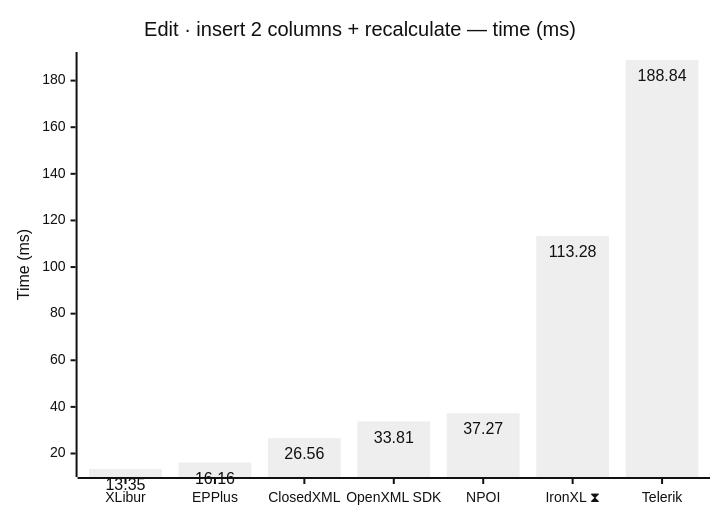
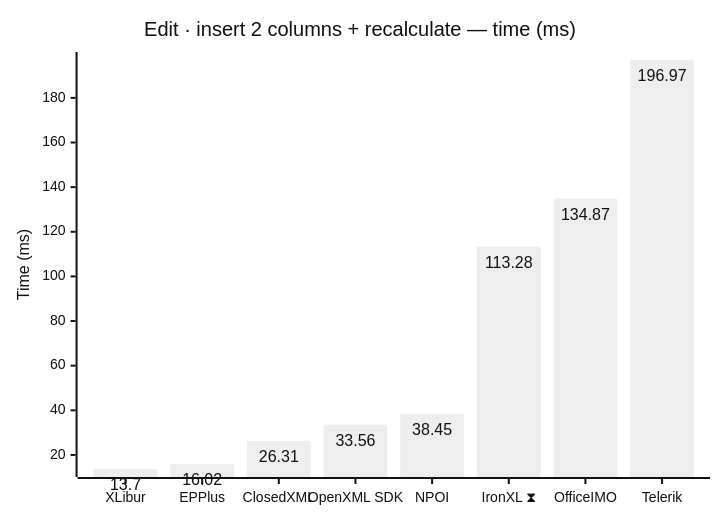
Diagram 11 of 12 in docs/results.md (jafin/XLBench), drawn with Mermaid (neutral theme) before and after one commit. The commit also changed other lines of this file and 17 other files, not shown here.

First line of the commit message:
Add OfficeIMO.Excel to the benchmark suite and publish full-fidelity results (#33)

````diff
--- a/docs/results.md
+++ b/docs/results.md
@@ -170,12 +171,12 @@
 ```mermaid
 ---
 config:
   xyChart:
     showDataLabel: true
 ---
 xychart-beta
     title "Edit · insert 2 columns + recalculate — time (ms)"
-    x-axis ["XLibur", "EPPlus", "ClosedXML", "OpenXML SDK", "NPOI", "IronXL ⧗", "Telerik"]
+    x-axis ["XLibur", "EPPlus", "ClosedXML", "OpenXML SDK", "NPOI", "IronXL ⧗", "OfficeIMO", "Telerik"]
     y-axis "Time (ms)"
-    bar [13.35, 16.16, 26.56, 33.81, 37.27, 113.28, 188.84]
+    bar [13.7, 16.02, 26.31, 33.56, 38.45, 113.28, 134.87, 196.97]
 ```
````
